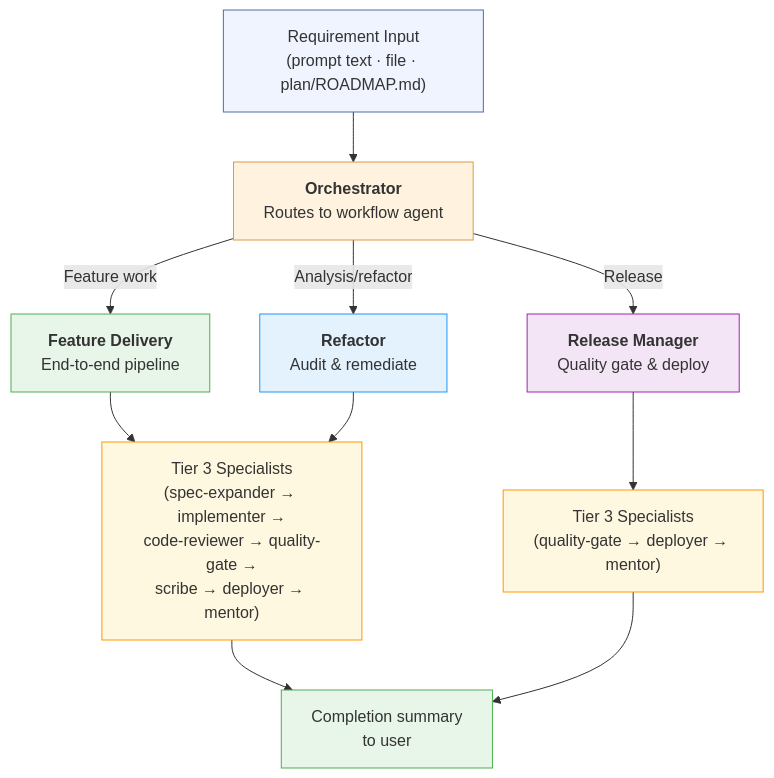
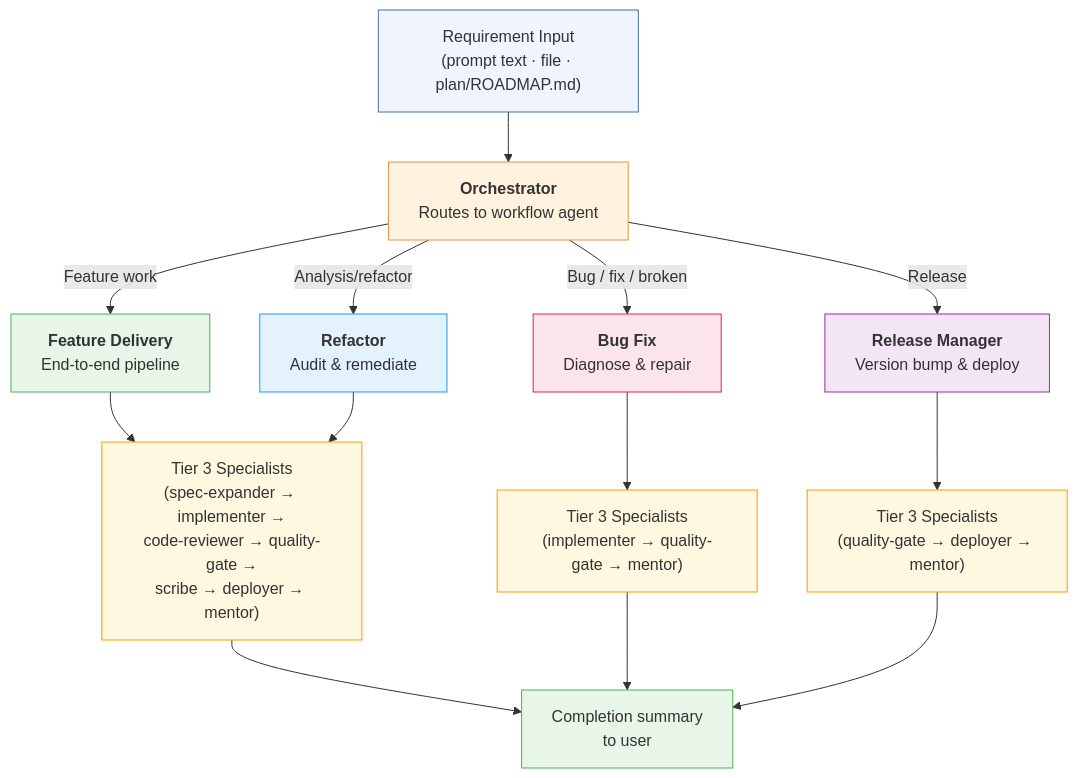
One commit to sleeke/copilot-agents changed the diagram in .github/agents/README.md. Above: the diagram before and after it, drawn with Mermaid. The commit also changed other lines of this file and 19 other files, not shown here.

````diff
--- a/.github/agents/README.md
+++ b/.github/agents/README.md
@@ -48,25 +49,31 @@
 ```mermaid
 flowchart TD
     A["Requirement Input<br/>(prompt text · file · plan/ROADMAP.md)"] --> B["<b>Orchestrator</b><br/>Routes to workflow agent"]
 
     B -->|"Feature work"| C["<b>Feature Delivery</b><br/>End-to-end pipeline"]
+    B -->|"Bug / fix / broken"| BF["<b>Bug Fix</b><br/>Diagnose &amp; repair"]
     B -->|"Analysis/refactor"| D["<b>Refactor</b><br/>Audit &amp; remediate"]
-    B -->|"Release"| E["<b>Release Manager</b><br/>Quality gate &amp; deploy"]
+    B -->|"Release"| E["<b>Release Manager</b><br/>Version bump &amp; deploy"]
 
     C --> F["Tier 3 Specialists<br/>(spec-expander → implementer →<br/>code-reviewer → quality-gate →<br/>scribe → deployer → mentor)"]
+
+    BF --> FB["Tier 3 Specialists<br/>(implementer → quality-gate → mentor)"]
 
     D --> F
     E --> G["Tier 3 Specialists<br/>(quality-gate → deployer → mentor)"]
 
     F --> H["Completion summary<br/>to user"]
+    FB --> H
     G --> H
 
     style A fill:#f0f4ff,stroke:#4a6fa5
     style B fill:#fff3e0,stroke:#e09840
     style C fill:#e8f5e9,stroke:#4caf50
+    style BF fill:#fce4ec,stroke:#e91e63
     style D fill:#e3f2fd,stroke:#2196f3
     style E fill:#f3e5f5,stroke:#9c27b0
     style F fill:#fff8e1,stroke:#ff9800
+    style FB fill:#fff8e1,stroke:#ff9800
     style G fill:#fff8e1,stroke:#ff9800
     style H fill:#e8f5e9,stroke:#4caf50
 ```
````
